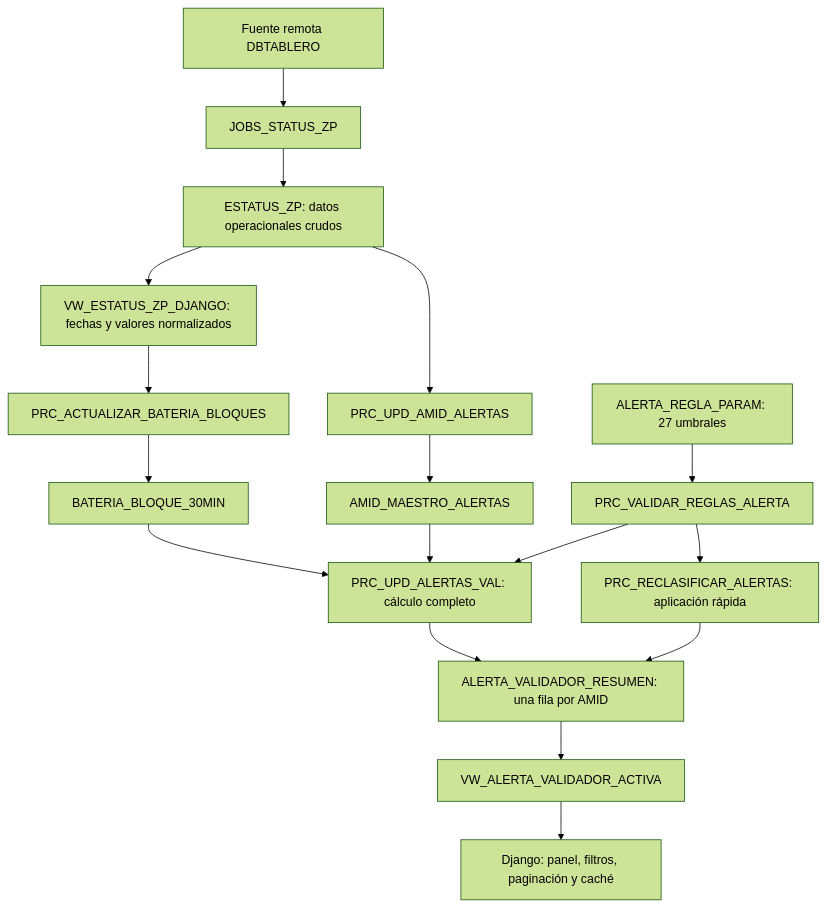
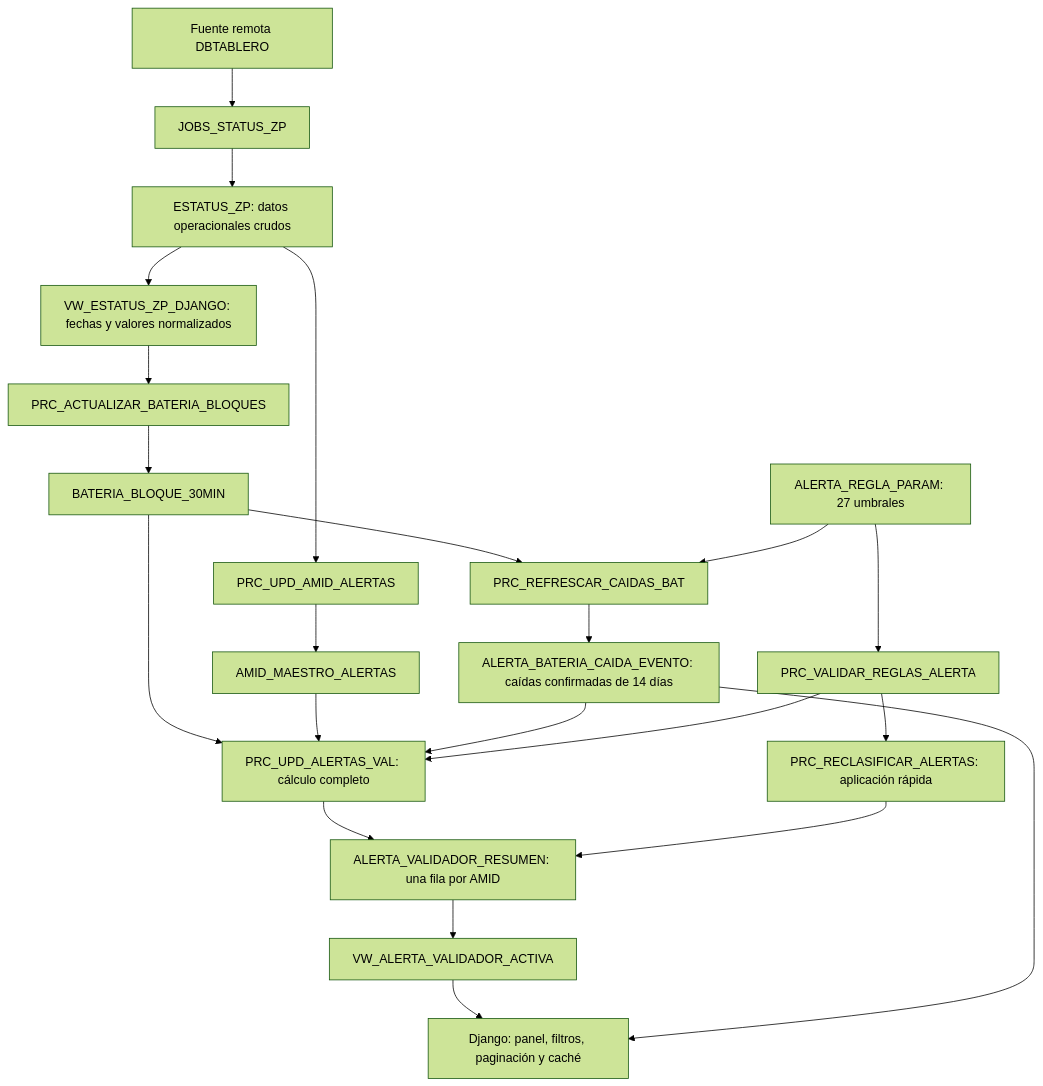
Before and after one commit to anpachecos/migracion-dashboard-zp: the diagram in docs/03_flujo_completo_oracle_django.md, drawn with Mermaid (forest theme). The commit also changed other lines of this file and 12 other files, not shown here.

````diff
--- a/docs/03_flujo_completo_oracle_django.md
+++ b/docs/03_flujo_completo_oracle_django.md
@@ -21,19 +21,24 @@
 ```mermaid
 flowchart TD
     A["Fuente remota DBTABLERO"] --> B["JOBS_STATUS_ZP"]
     B --> C["ESTATUS_ZP: datos operacionales crudos"]
     C --> D["VW_ESTATUS_ZP_DJANGO: fechas y valores normalizados"]
     D --> E["PRC_ACTUALIZAR_BATERIA_BLOQUES"]
     E --> F["BATERIA_BLOQUE_30MIN"]
     C --> G["PRC_UPD_AMID_ALERTAS"]
     G --> H["AMID_MAESTRO_ALERTAS"]
+    F --> P["PRC_REFRESCAR_CAIDAS_BAT"]
+    J["ALERTA_REGLA_PARAM: 27 umbrales"] --> P
+    P --> Q["ALERTA_BATERIA_CAIDA_EVENTO: caídas confirmadas de 14 días"]
     F --> I["PRC_UPD_ALERTAS_VAL: cálculo completo"]
     H --> I
-    J["ALERTA_REGLA_PARAM: 27 umbrales"] --> K["PRC_VALIDAR_REGLAS_ALERTA"]
+    Q --> I
+    J --> K["PRC_VALIDAR_REGLAS_ALERTA"]
     K --> I
     K --> L["PRC_RECLASIFICAR_ALERTAS: aplicación rápida"]
     I --> M["ALERTA_VALIDADOR_RESUMEN: una fila por AMID"]
     L --> M
     M --> N["VW_ALERTA_VALIDADOR_ACTIVA"]
     N --> O["Django: panel, filtros, paginación y caché"]
+    Q --> O
 ```
````
